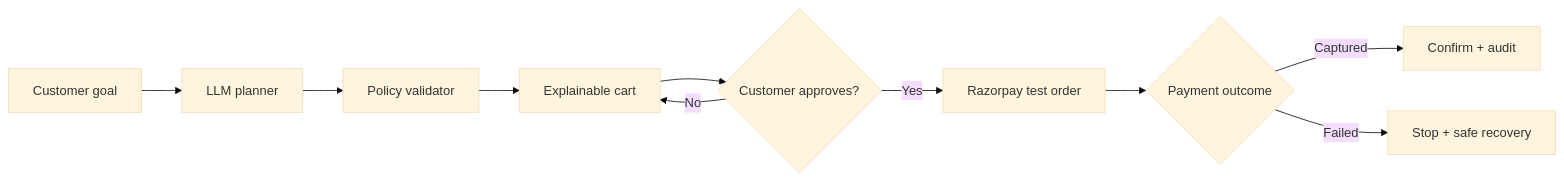
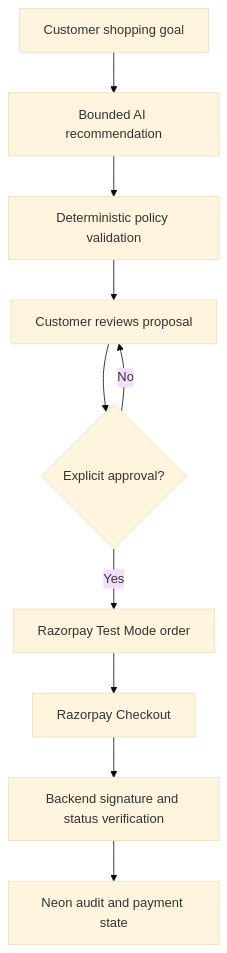
One commit to samsudeen-b/agentcart-ai-razorpay changed the diagram in README.md. Above: the diagram before and after it, drawn with Mermaid (base theme). The commit also changed other lines of this file and 41 other files, not shown here.

````diff
--- a/README.md
+++ b/README.md
@@ -19,12 +28,12 @@
 ```mermaid
-flowchart LR
-    A[Customer goal] --> B[LLM planner]
-    B --> C[Policy validator]
-    C --> D[Explainable cart]
-    D --> E{Customer approves?}
+flowchart TD
+    A[Customer shopping goal] --> B[Bounded AI recommendation]
+    B --> C[Deterministic policy validation]
+    C --> D[Customer reviews proposal]
+    D --> E{Explicit approval?}
     E -- No --> D
-    E -- Yes --> F[Razorpay test order]
-    F --> G{Payment outcome}
-    G -- Captured --> H[Confirm + audit]
-    G -- Failed --> I[Stop + safe recovery]
+    E -- Yes --> F[Razorpay Test Mode order]
+    F --> G[Razorpay Checkout]
+    G --> H[Backend signature and status verification]
+    H --> I[Neon audit and payment state]
 ```
````
